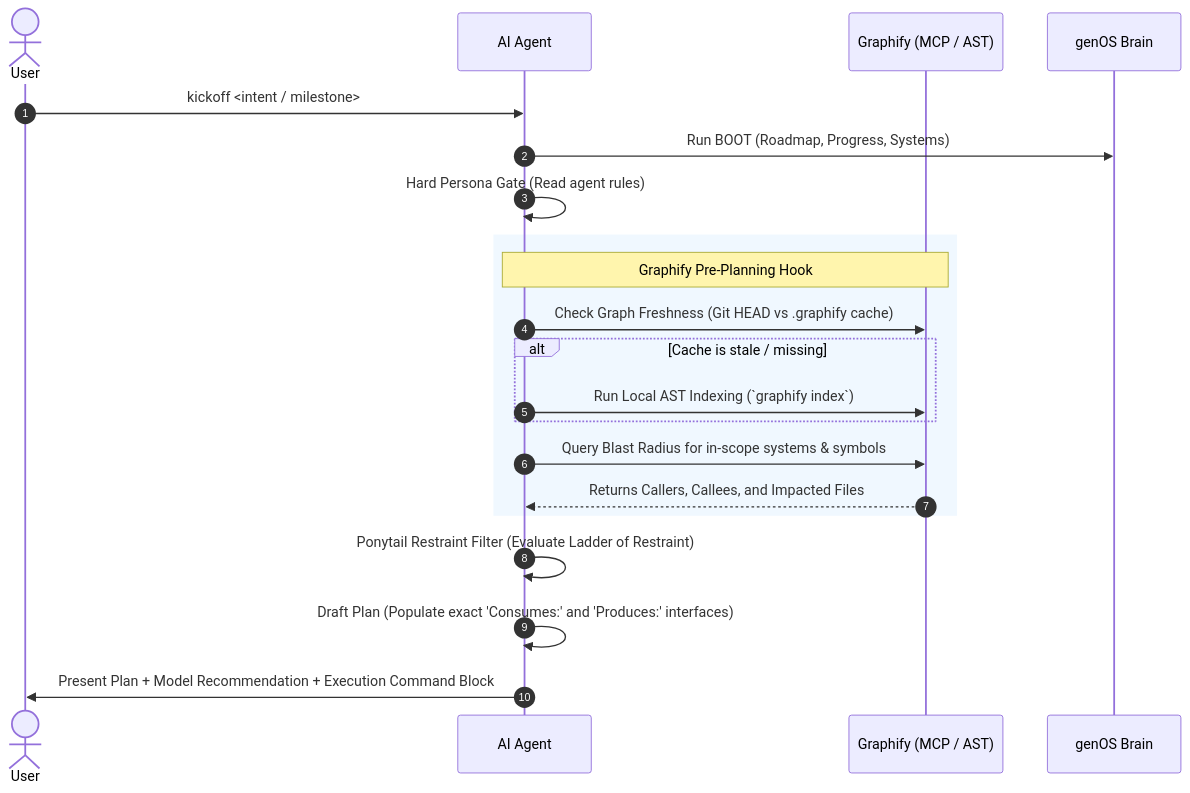
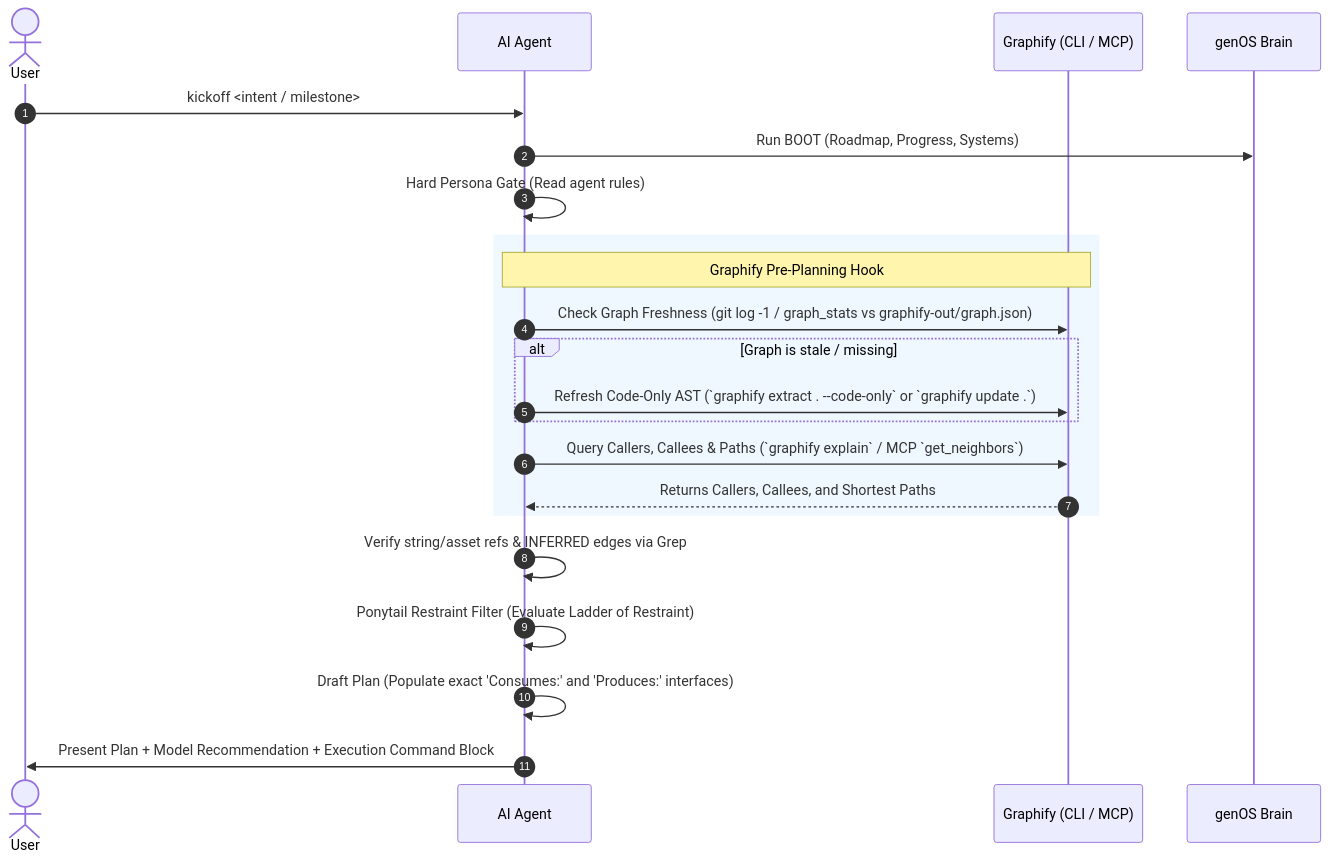
One commit to verdenef/genOS changed the diagram in docs/superpowers/specs/2026-11-10-graphify-code-topology-integration-design.md. Above: the diagram before and after it, drawn with Mermaid. The commit also changed other lines of this file and 4 other files, not shown here.

Commit message:
docs(graphify): align DEC-006, design spec, plans, and progress with graphifyy

````diff
--- a/docs/superpowers/specs/2026-11-10-graphify-code-topology-integration-design.md
+++ b/docs/superpowers/specs/2026-11-10-graphify-code-topology-integration-design.md
@@ -64,26 +68,27 @@
 ```mermaid
 sequenceDiagram
     autonumber
     actor User
     participant Agent as AI Agent
-    participant Graph as Graphify (MCP / AST)
+    participant Graph as Graphify (CLI / MCP)
     participant Brain as genOS Brain
 
     User->>Agent: kickoff <intent / milestone>
     Agent->>Brain: Run BOOT (Roadmap, Progress, Systems)
     Agent->>Agent: Hard Persona Gate (Read agent rules)
     
     rect rgb(240, 248, 255)
     Note over Agent,Graph: Graphify Pre-Planning Hook
-    Agent->>Graph: Check Graph Freshness (Git HEAD vs .graphify cache)
-    alt Cache is stale / missing
-        Agent->>Graph: Run Local AST Indexing (`graphify index`)
+    Agent->>Graph: Check Graph Freshness (git log -1 / graph_stats vs graphify-out/graph.json)
+    alt Graph is stale / missing
+        Agent->>Graph: Refresh Code-Only AST (`graphify extract . --code-only` or `graphify update .`)
     end
-    Agent->>Graph: Query Blast Radius for in-scope systems & symbols
-    Graph-->>Agent: Returns Callers, Callees, and Impacted Files
+    Agent->>Graph: Query Callers, Callees & Paths (`graphify explain` / MCP `get_neighbors`)
+    Graph-->>Agent: Returns Callers, Callees, and Shortest Paths
     end
 
+    Agent->>Agent: Verify string/asset refs & INFERRED edges via Grep
     Agent->>Agent: Ponytail Restraint Filter (Evaluate Ladder of Restraint)
     Agent->>Agent: Draft Plan (Populate exact 'Consumes:' and 'Produces:' interfaces)
     Agent->>User: Present Plan + Model Recommendation + Execution Command Block
 ```
````
